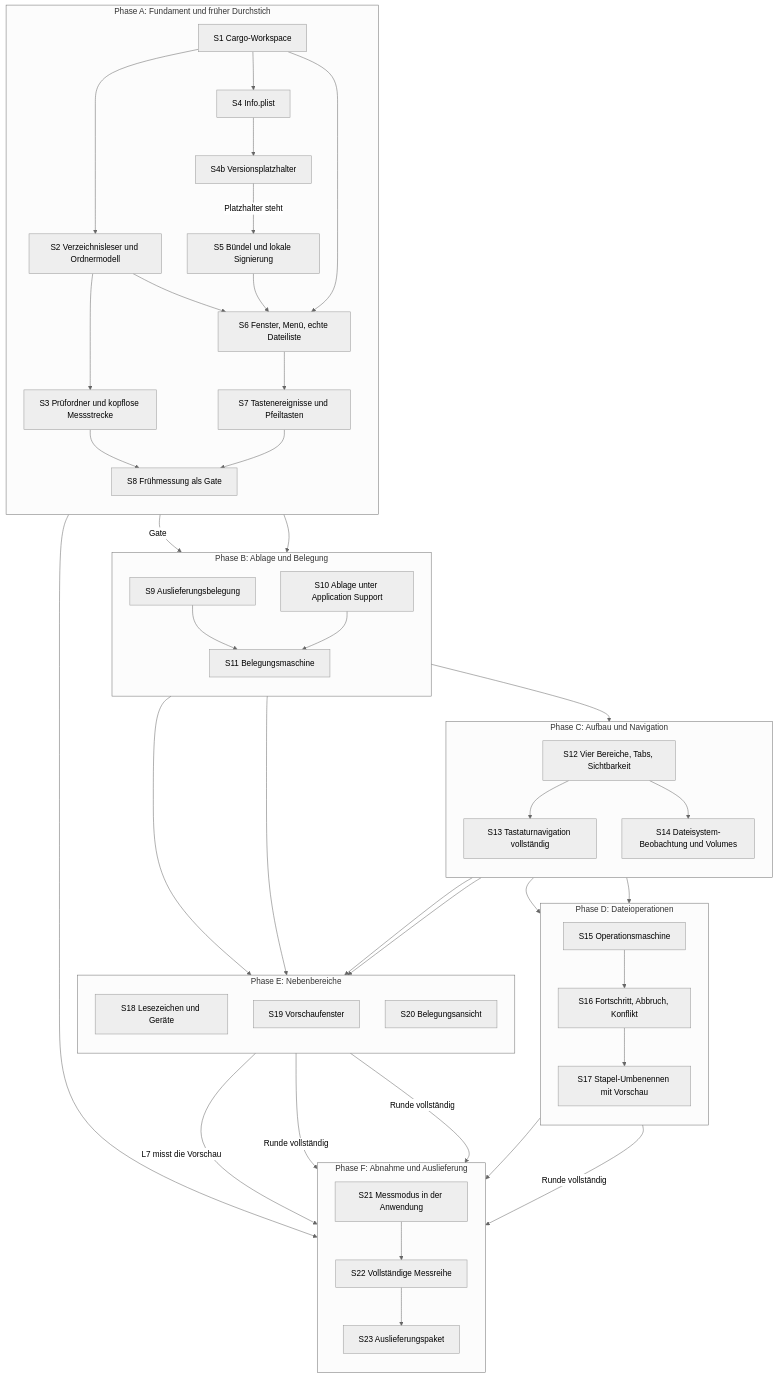
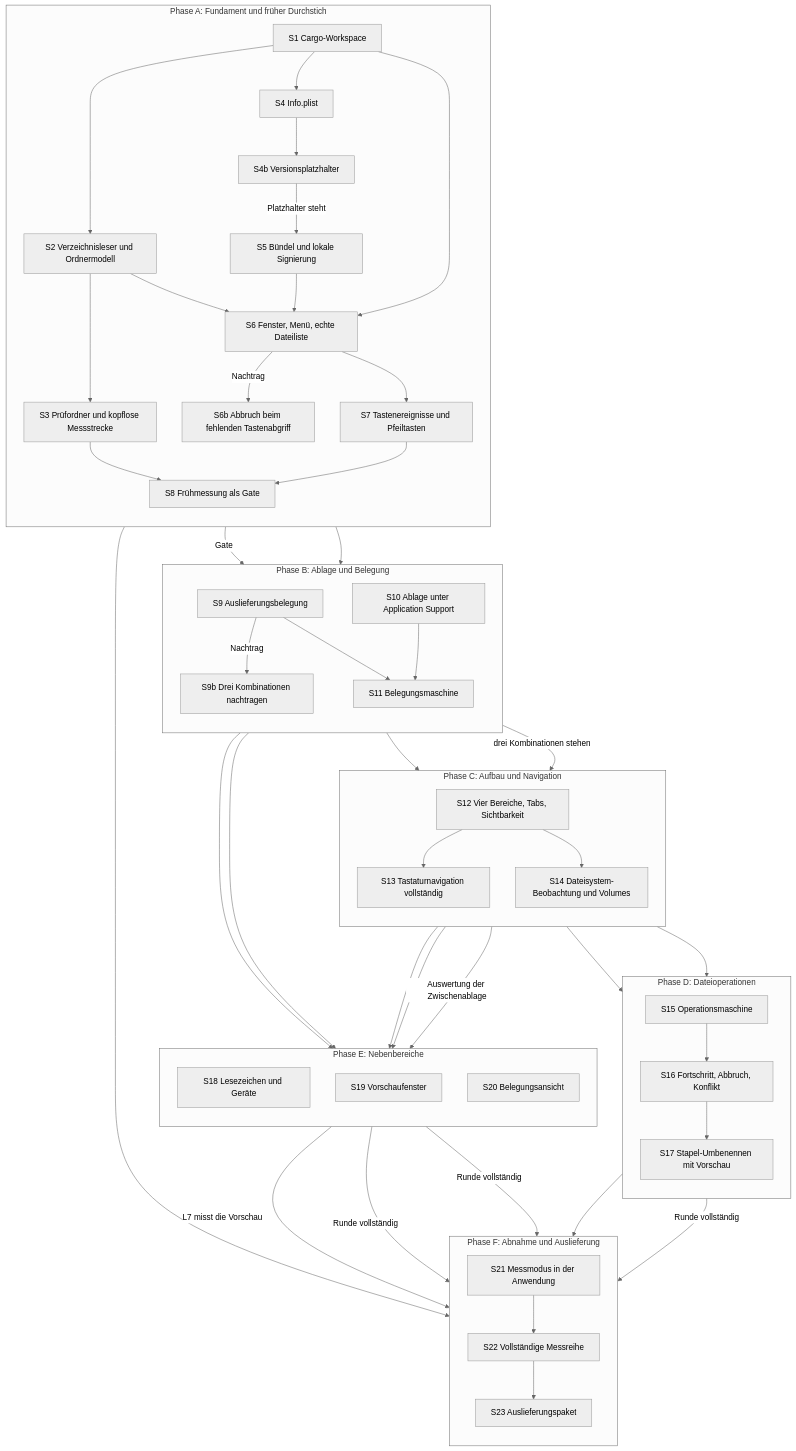
Before and after one commit to tenzoki/krk: the fourth of 4 diagrams in fusion-workbench/circles/260802-0842-krk-mac-dateimanager-editor-git/planning/260802-1428_o_plan-navigator-geruest-runde-1.md, drawn with Mermaid (neutral theme). The commit also changed other lines of this file and 8 other files, not shown here.

```diff
--- a/fusion-workbench/circles/260802-0842-krk-mac-dateimanager-editor-git/planning/260802-1428_o_plan-navigator-geruest-runde-1.md
+++ b/fusion-workbench/circles/260802-0842-krk-mac-dateimanager-editor-git/planning/260802-1428_o_plan-navigator-geruest-runde-1.md
@@ -357,12 +360,14 @@
     S4B["S4b Versionsplatzhalter"]
     S5["S5 Bündel und lokale Signierung"]
     S6["S6 Fenster, Menü, echte Dateiliste"]
+    S6B["S6b Abbruch beim fehlenden Tastenabgriff"]
     S7["S7 Tastenereignisse und Pfeiltasten"]
     S8["S8 Frühmessung als Gate"]
   end
   subgraph B["Phase B: Ablage und Belegung"]
     direction TB
     S9["S9 Auslieferungsbelegung"]
+    S9B["S9b Drei Kombinationen nachtragen"]
     S10["S10 Ablage unter Application Support"]
     S11["S11 Belegungsmaschine"]
   end
@@ -399,14 +404,17 @@
   S1 --> S6
   S2 --> S6
   S5 --> S6
+  S6 -->|Nachtrag| S6B
   S6 --> S7
   S3 --> S8
   S7 --> S8
   S8 -->|Gate| S9
+  S9 -->|Nachtrag| S9B
   S1 --> S10
   S9 --> S11
   S10 --> S11
   S11 --> S12
+  S9B -->|drei Kombinationen stehen| S12
   S12 --> S13
   S12 --> S14
   S13 --> S15
@@ -416,6 +424,7 @@
   S14 --> S18
   S10 --> S18
   S12 --> S19
+  S13 -->|Auswertung der Zwischenablage| S19
   S11 --> S20
   S16 --> S21
   S19 -->|L7 misst die Vorschau| S21
```
